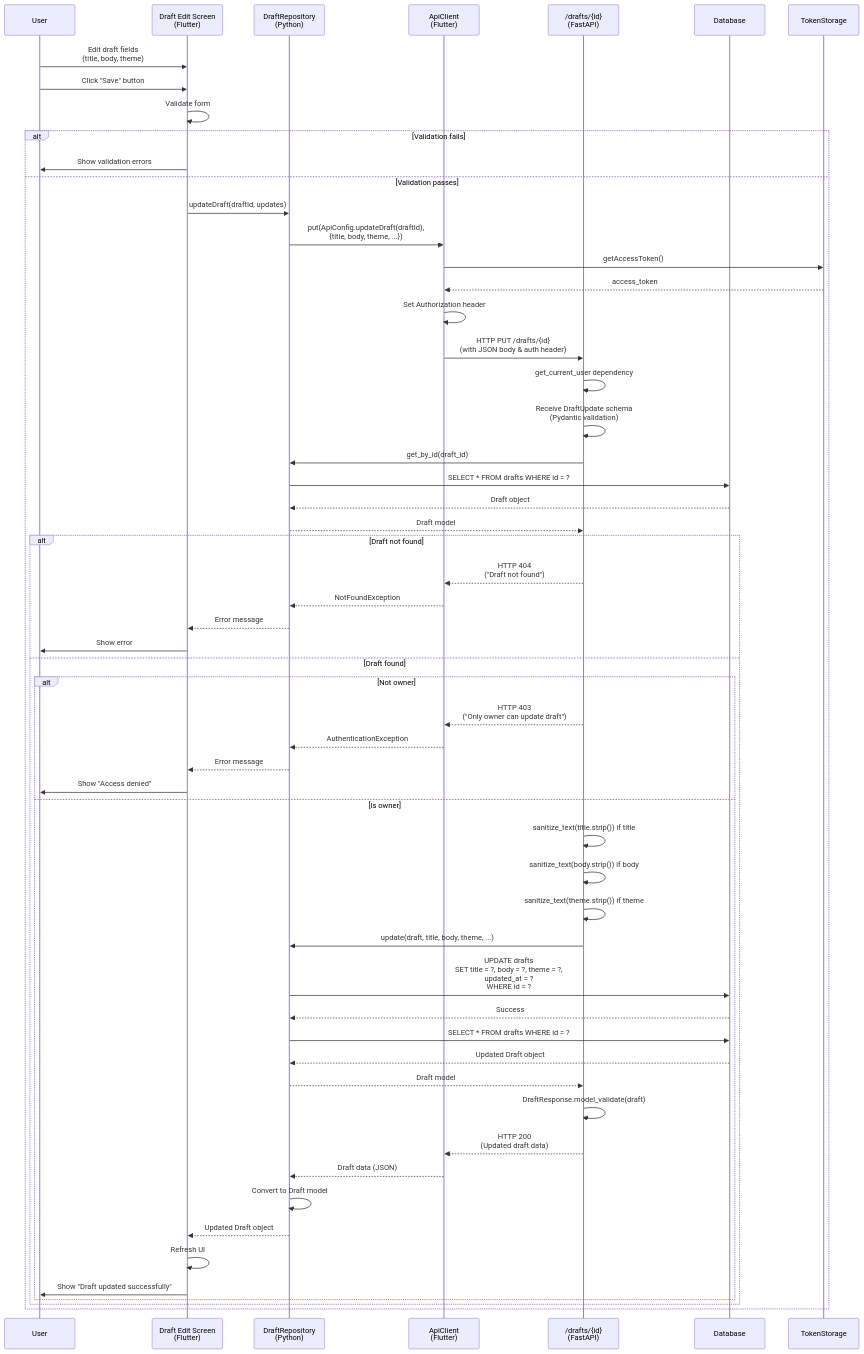
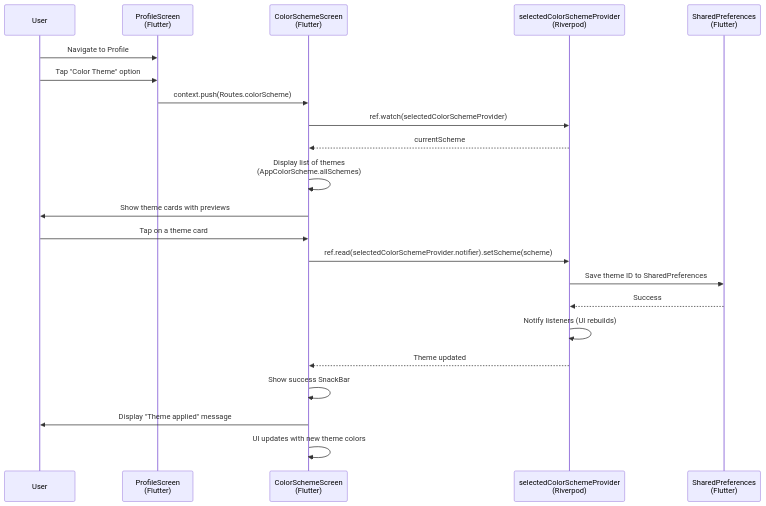
Diagram 16 of 20 in docs/SEQUENCE_DIAGRAMS.md (sunilkumarvuppala/open-on-app), drawn with Mermaid before and after one commit. The commit also changed other lines of this file and 64 other files, not shown here.

````diff
--- a/docs/SEQUENCE_DIAGRAMS.md
+++ b/docs/SEQUENCE_DIAGRAMS.md
@@ -1320,66 +1315,27 @@
 ```mermaid
 sequenceDiagram
     participant User
-    participant DraftScreen as Draft Edit Screen<br/>(Flutter)
-    participant DraftRepo as DraftRepository<br/>(Flutter)
-    participant ApiClient as ApiClient<br/>(Flutter)
-    participant DraftAPI as /drafts/{id}<br/>(FastAPI)
-    participant DraftRepo as DraftRepository<br/>(Python)
-    participant DB as Database
+    participant ProfileScreen as ProfileScreen<br/>(Flutter)
+    participant ColorSchemeScreen as ColorSchemeScreen<br/>(Flutter)
+    participant ThemeProvider as selectedColorSchemeProvider<br/>(Riverpod)
+    participant SharedPrefs as SharedPreferences<br/>(Flutter)
 
-    User->>DraftScreen: Edit draft fields<br/>(title, body, theme)
-    User->>DraftScreen: Click "Save" button
-    DraftScreen->>DraftScreen: Validate form
+    User->>ProfileScreen: Navigate to Profile
+    User->>ProfileScreen: Tap "Color Theme" option
+    ProfileScreen->>ColorSchemeScreen: context.push(Routes.colorScheme)
     
-    alt Validation fails
-        DraftScreen->>User: Show validation errors
-    else Validation passes
-        DraftScreen->>DraftRepo: updateDraft(draftId, updates)
-        DraftRepo->>ApiClient: put(ApiConfig.updateDraft(draftId),<br/>{title, body, theme, ...})
-        ApiClient->>TokenStorage: getAccessToken()
-        TokenStorage-->>ApiClient: access_token
-        ApiClient->>ApiClient: Set Authorization header
-        ApiClient->>DraftAPI: HTTP PUT /drafts/{id}<br/>(with JSON body & auth header)
-        
-        DraftAPI->>DraftAPI: get_current_user dependency
-        DraftAPI->>DraftAPI: Receive DraftUpdate schema<br/>(Pydantic validation)
-        DraftAPI->>DraftRepo: get_by_id(draft_id)
-        DraftRepo->>DB: SELECT * FROM drafts WHERE id = ?
-        DB-->>DraftRepo: Draft object
-        DraftRepo-->>DraftAPI: Draft model
-        
-        alt Draft not found
-            DraftAPI-->>ApiClient: HTTP 404<br/>("Draft not found")
-            ApiClient-->>DraftRepo: NotFoundException
-            DraftRepo-->>DraftScreen: Error message
-            DraftScreen->>User: Show error
-        else Draft found
-            alt Not owner
-                DraftAPI-->>ApiClient: HTTP 403<br/>("Only owner can update draft")
-                ApiClient-->>DraftRepo: AuthenticationException
-                DraftRepo-->>DraftScreen: Error message
-                DraftScreen->>User: Show "Access denied"
-            else Is owner
-                DraftAPI->>DraftAPI: sanitize_text(title.strip()) if title
-                DraftAPI->>DraftAPI: sanitize_text(body.strip()) if body
-                DraftAPI->>DraftAPI: sanitize_text(theme.strip()) if theme
-                
-                DraftAPI->>DraftRepo: update(draft, title, body, theme, ...)
-                DraftRepo->>DB: UPDATE drafts<br/>SET title = ?, body = ?, theme = ?,<br/>updated_at = ?<br/>WHERE id = ?
-                DB-->>DraftRepo: Success
-                DraftRepo->>DB: SELECT * FROM drafts WHERE id = ?
-                DB-->>DraftRepo: Updated Draft object
-                DraftRepo-->>DraftAPI: Draft model
-                
-                DraftAPI->>DraftAPI: DraftResponse.model_validate(draft)
-                DraftAPI-->>ApiClient: HTTP 200<br/>(Updated draft data)
-                
-                ApiClient-->>DraftRepo: Draft data (JSON)
-                DraftRepo->>DraftRepo: Convert to Draft model
-                DraftRepo-->>DraftScreen: Updated Draft object
-                DraftScreen->>DraftScreen: Refresh UI
-                DraftScreen->>User: Show "Draft updated successfully"
-            end
-        end
-    end
+    ColorSchemeScreen->>ThemeProvider: ref.watch(selectedColorSchemeProvider)
+    ThemeProvider-->>ColorSchemeScreen: currentScheme
+    ColorSchemeScreen->>ColorSchemeScreen: Display list of themes<br/>(AppColorScheme.allSchemes)
+    ColorSchemeScreen->>User: Show theme cards with previews
+    
+    User->>ColorSchemeScreen: Tap on a theme card
+    ColorSchemeScreen->>ThemeProvider: ref.read(selectedColorSchemeProvider.notifier).setScheme(scheme)
+    ThemeProvider->>SharedPrefs: Save theme ID to SharedPreferences
+    SharedPrefs-->>ThemeProvider: Success
+    ThemeProvider->>ThemeProvider: Notify listeners (UI rebuilds)
+    ThemeProvider-->>ColorSchemeScreen: Theme updated
+    ColorSchemeScreen->>ColorSchemeScreen: Show success SnackBar
+    ColorSchemeScreen->>User: Display "Theme applied" message
+    ColorSchemeScreen->>ColorSchemeScreen: UI updates with new theme colors
 ```
````
